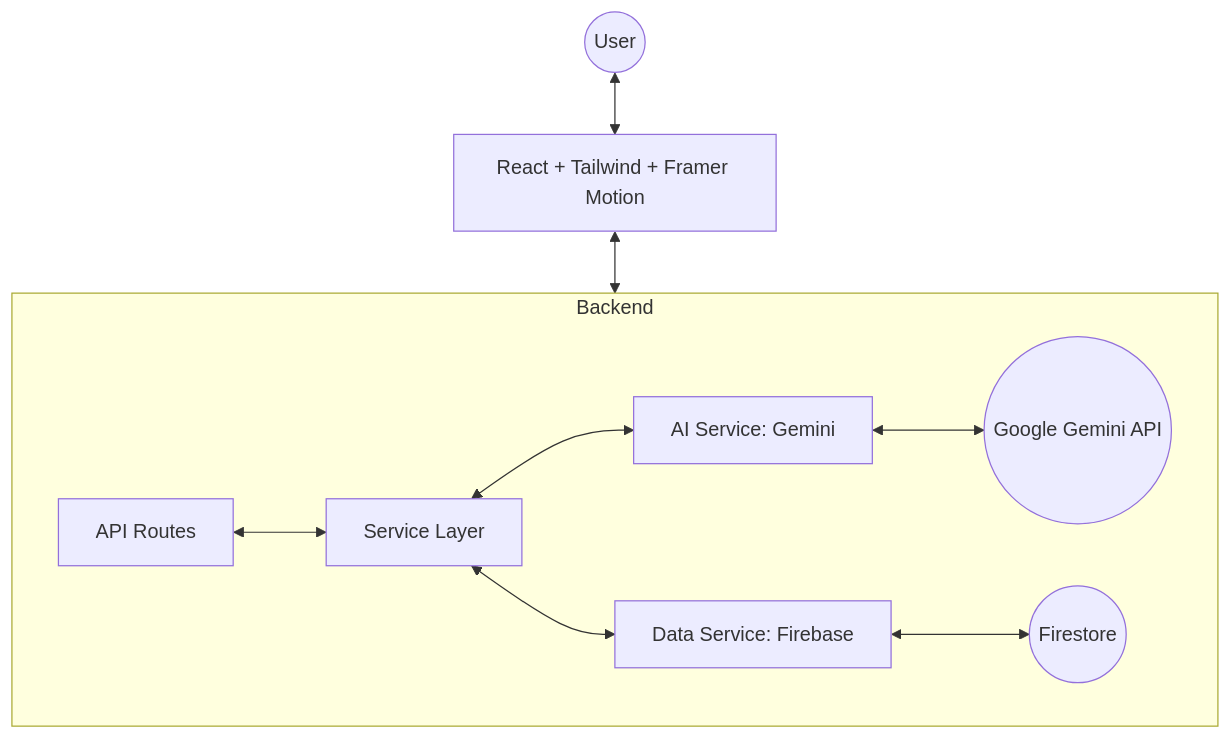
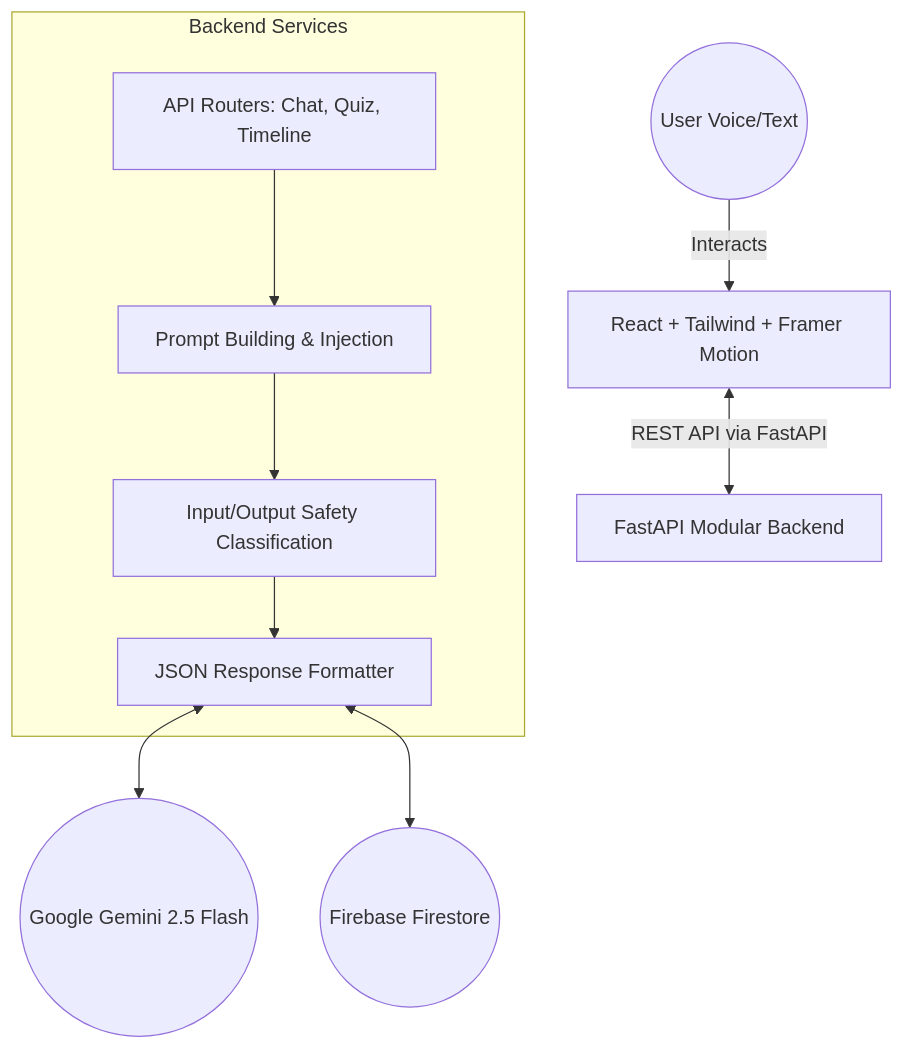
The first of 3 diagrams in README.md (pankajmahto108/Elector), drawn with Mermaid before and after one commit. The commit also changed other lines of this file, not shown here.

````diff
--- a/README.md
+++ b/README.md
@@ -7,13 +23,19 @@
 ```mermaid
 graph TD
-    User((User)) <--> Frontend[React + Tailwind + Framer Motion]
-    Frontend <--> Backend[FastAPI Modular Backend]
+    User((User Voice/Text)) -->|Interacts| Frontend[React + Tailwind + Framer Motion]
+    Frontend <-->|REST API via FastAPI| Backend[FastAPI Modular Backend]
     
-    subgraph Backend
-        API[API Routes] <--> Services[Service Layer]
-        Services <--> AI[AI Service: Gemini]
-        Services <--> Data[Data Service: Firebase]
-        AI <--> Gemini((Google Gemini API))
-        Data <--> Firebase((Firestore))
+    subgraph Backend Services
+        API[API Routers: Chat, Quiz, Timeline]
+        PromptBuilder[Prompt Building & Injection]
+        SafetyGuard[Input/Output Safety Classification]
+        Formatter[JSON Response Formatter]
+        
+        API --> PromptBuilder
+        PromptBuilder --> SafetyGuard
+        SafetyGuard --> Formatter
     end
+    
+    Formatter <--> AI((Google Gemini 2.5 Flash))
+    Formatter <--> DB((Firebase Firestore))
 ```
````
